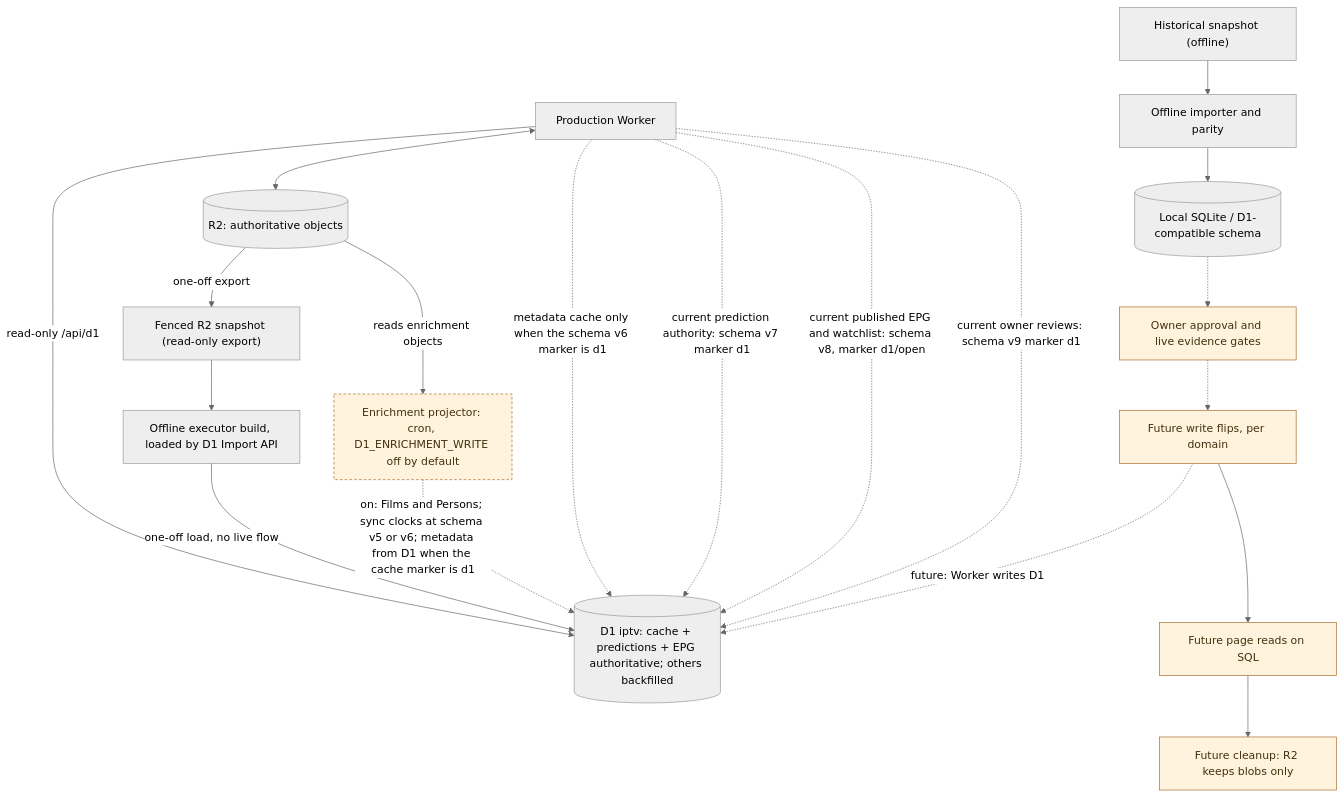
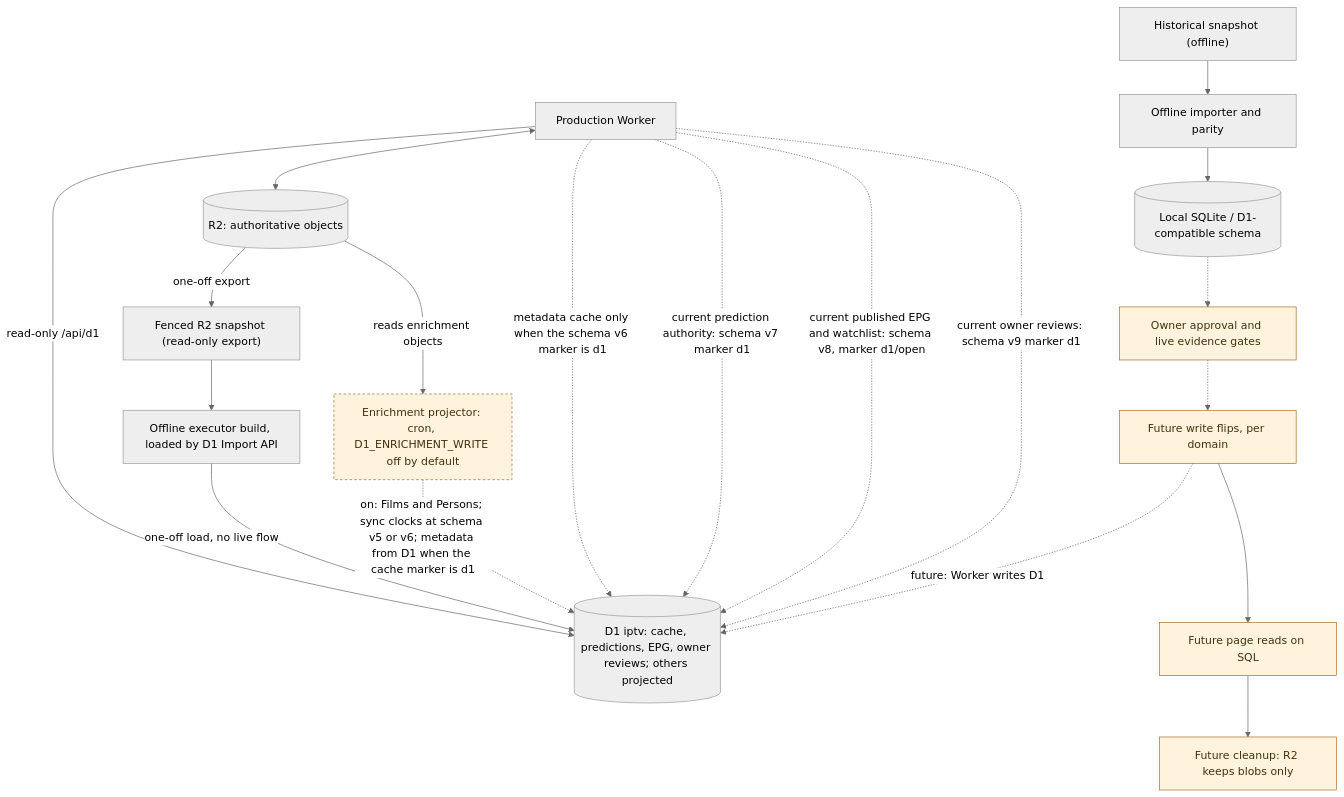
Before and after one commit to vladimino/iptv-watchlist: the diagram in docs/architecture/persistence-and-migration.md, drawn with Mermaid (neutral theme). The commit also changed other lines of this file, not shown here.

````diff
--- a/docs/architecture/persistence-and-migration.md
+++ b/docs/architecture/persistence-and-migration.md
@@ -5,32 +5,32 @@
 ```mermaid
 flowchart TD
     worker["Production Worker"]
     r2[("R2: authoritative objects")]
     archive["Historical snapshot (offline)"]
     importer["Offline importer and parity"]
     local[("Local SQLite / D1-compatible schema")]
     gate["Owner approval and live evidence gates"]
     snapshot["Fenced R2 snapshot (read-only export)"]
     reload["Offline executor build, loaded by D1 Import API"]
-    d1[("D1 iptv: cache + predictions + EPG authoritative; others backfilled")]
+    d1[("D1 iptv: cache, predictions, EPG, owner reviews; others projected")]
     projector["Enrichment projector: cron, D1_ENRICHMENT_WRITE off by default"]
     flipWrite["Future write flips, per domain"]
     flipRead["Future page reads on SQL"]
     retire["Future cleanup: R2 keeps blobs only"]
     worker <--> r2
     worker -->|read-only /api/d1| d1
     archive --> importer --> local
     local -.-> gate
     r2 -->|one-off export| snapshot --> reload -->|one-off load, no live flow| d1
     r2 -->|reads enrichment objects| projector -.->|on: Films and Persons; sync clocks at schema v5 or v6; metadata from D1 when the cache marker is d1| d1
     worker -.->|metadata cache only when the schema v6 marker is d1| d1
     worker -.->|current prediction authority: schema v7 marker d1| d1
     worker -.->|current published EPG and watchlist: schema v8, marker d1/open| d1
     worker -.->|current owner reviews: schema v9 marker d1| d1
     gate -.-> flipWrite -.->|future: Worker writes D1| d1
     flipWrite --> flipRead --> retire
     classDef future fill:#fff3de,stroke:#a56c2b,color:#42300e
     classDef gated fill:#fff3de,stroke:#a56c2b,color:#42300e,stroke-dasharray:4 3
     class gate,flipWrite,flipRead,retire future
     class projector gated
 ```
````
